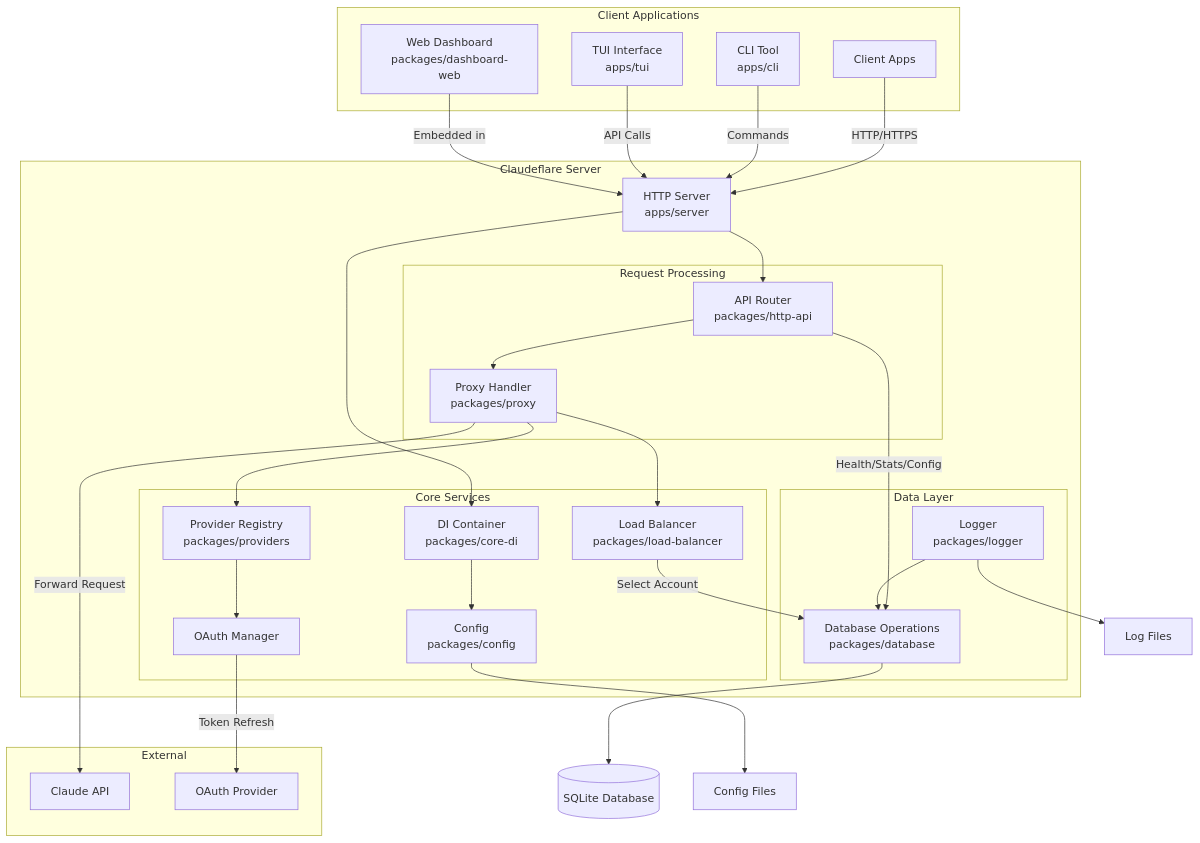
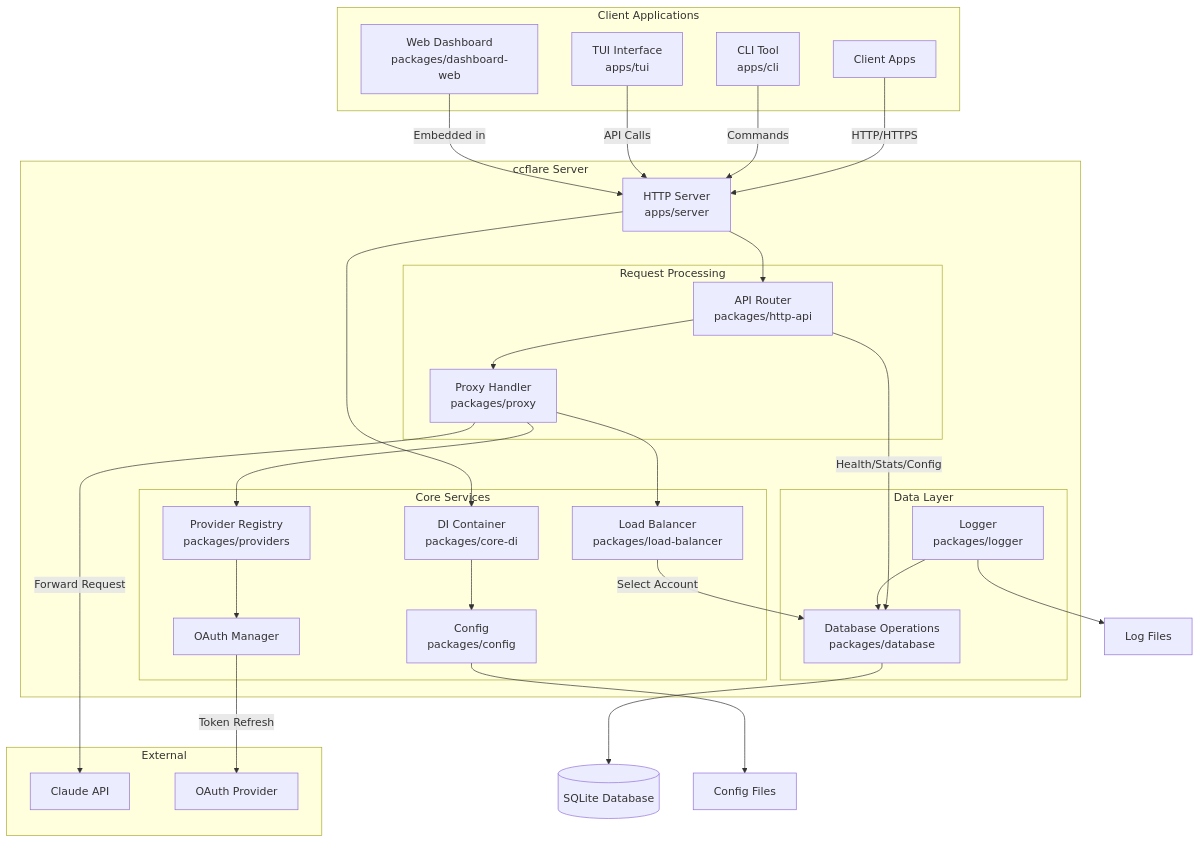
One commit to tombii/better-ccflare changed the second of 17 diagrams in docs/architecture.md. Above: the diagram before and after it, drawn with Mermaid. The commit also changed other lines of this file and 141 other files, not shown here.

First line of the commit message:
refactor(core): rename Claudeflare to ccflare across repo

````diff
--- a/docs/architecture.md
+++ b/docs/architecture.md
@@ -57,69 +57,69 @@
 ```mermaid
 graph TB
     %% Client Layer
     subgraph "Client Applications"
         CA[Client Apps]
         CLI[CLI Tool<br/>apps/cli]
         TUI[TUI Interface<br/>apps/tui]
         WEB[Web Dashboard<br/>packages/dashboard-web]
     end
 
     %% API Gateway Layer
-    subgraph "Claudeflare Server"
+    subgraph "ccflare Server"
         SERVER[HTTP Server<br/>apps/server]
         
         subgraph "Request Processing"
             ROUTER[API Router<br/>packages/http-api]
             PROXY[Proxy Handler<br/>packages/proxy]
         end
         
         subgraph "Core Services"
             LB[Load Balancer<br/>packages/load-balancer]
             PROV[Provider Registry<br/>packages/providers]
             AUTH[OAuth Manager]
             DI[DI Container<br/>packages/core-di]
             CFG[Config<br/>packages/config]
         end
         
         subgraph "Data Layer"
             DB[Database Operations<br/>packages/database]
             LOGGER[Logger<br/>packages/logger]
         end
     end
 
     %% External Services
     subgraph "External"
         CLAUDE[Claude API]
         OAUTH[OAuth Provider]
     end
 
     %% Storage
     SQLITE[(SQLite Database)]
     LOGS[Log Files]
     CONFIG[Config Files]
 
     %% Connections
     CA -->|HTTP/HTTPS| SERVER
     CLI -->|Commands| SERVER
     TUI -->|API Calls| SERVER
     WEB -->|Embedded in| SERVER
     
     SERVER --> ROUTER
     SERVER --> DI
     DI --> CFG
     CFG --> CONFIG
     ROUTER --> PROXY
     ROUTER -->|Health/Stats/Config| DB
     
     PROXY --> LB
     LB -->|Select Account| DB
     PROXY --> PROV
     PROV --> AUTH
     
     PROXY -->|Forward Request| CLAUDE
     AUTH -->|Token Refresh| OAUTH
     
     DB --> SQLITE
     LOGGER --> LOGS
     LOGGER --> DB
 ```
````
